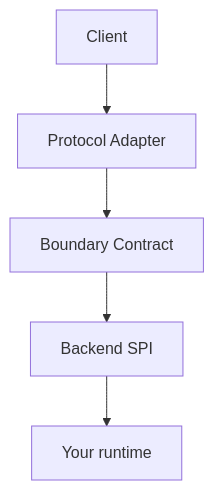
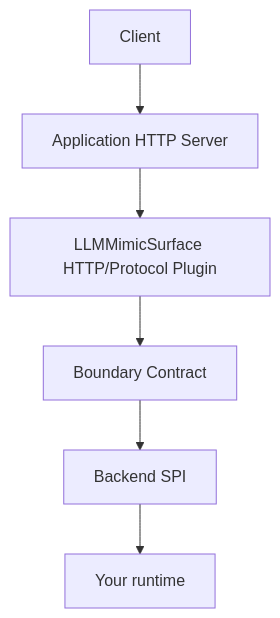
The diagram in README.ja.md (taiyop/llm-mimic-surface), drawn with Mermaid before and after one commit. The commit also changed other lines of this file and 30 other files, not shown here.

Commit message:
refactor: make HTTP surface a host-owned plugin

````diff
--- a/README.ja.md
+++ b/README.ja.md
@@ -39,7 +39,8 @@
 ```mermaid
 flowchart TD
-    Client[Client] --> Protocol[Protocol Adapter]
+    Client[Client] --> Host[Application HTTP Server]
+    Host --> Protocol[LLMMimicSurface HTTP/Protocol Plugin]
     Protocol --> Boundary[Boundary Contract]
     Boundary --> Backend[Backend SPI]
     Backend --> Runtime[Your runtime]
 ```
````
